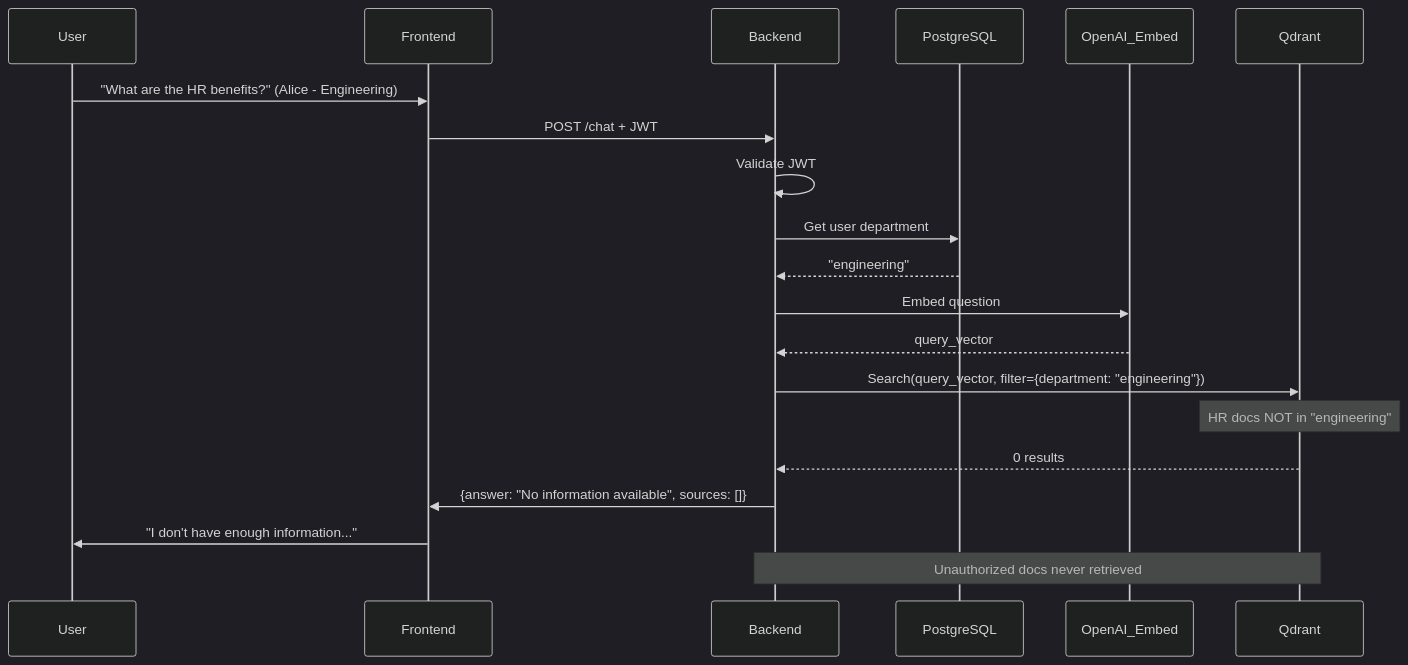
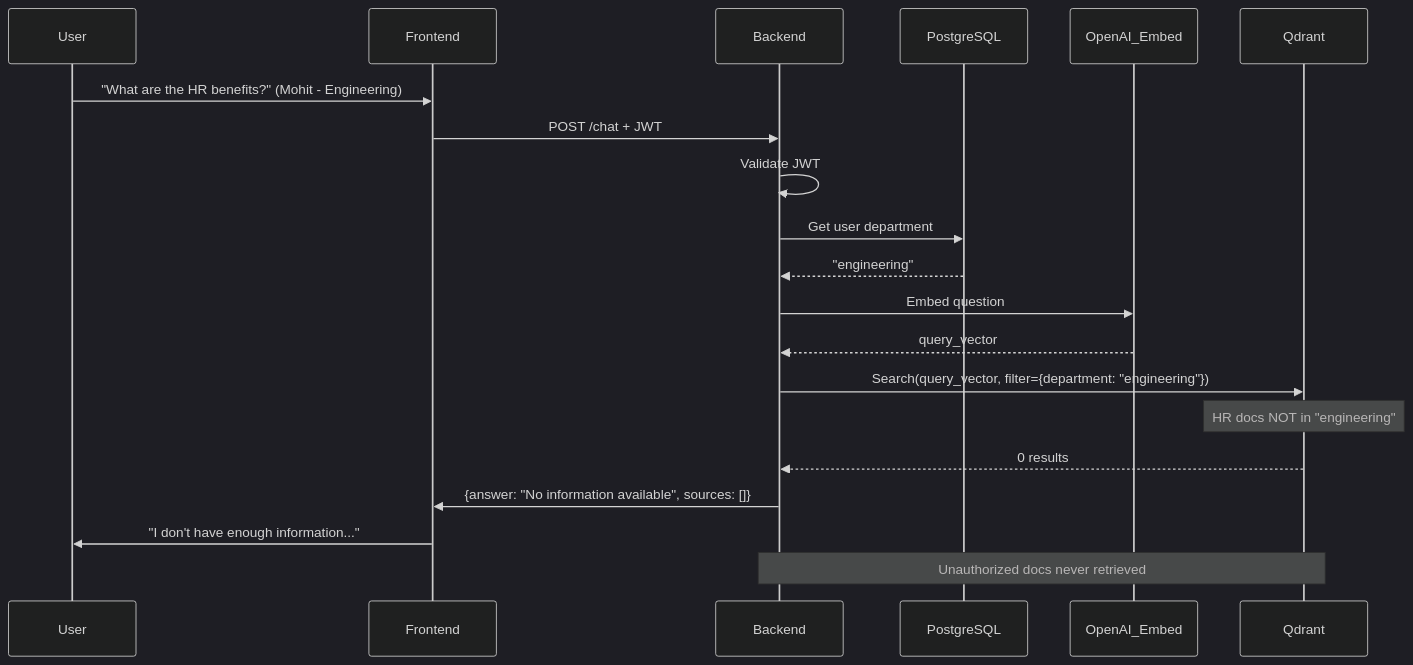
The seventh of 8 diagrams in docs/ARCHITECTURE_REVIEW.md (mtrigunayat/SecureRAG), drawn with Mermaid (dark theme) before and after one commit. The commit also changed other lines of this file and 23 other files, not shown here.

````diff
--- a/docs/ARCHITECTURE_REVIEW.md
+++ b/docs/ARCHITECTURE_REVIEW.md
@@ -2442,24 +2442,24 @@
 ```mermaid
 sequenceDiagram
     participant User
     participant Frontend
     participant Backend
     participant PostgreSQL
     participant OpenAI_Embed
     participant Qdrant
     
-    User->>Frontend: "What are the HR benefits?" (Alice - Engineering)
+    User->>Frontend: "What are the HR benefits?" (Mohit - Engineering)
     Frontend->>Backend: POST /chat + JWT
     Backend->>Backend: Validate JWT
     Backend->>PostgreSQL: Get user department
     PostgreSQL-->>Backend: "engineering"
     Backend->>OpenAI_Embed: Embed question
     OpenAI_Embed-->>Backend: query_vector
     Backend->>Qdrant: Search(query_vector, filter={department: "engineering"})
     Note over Qdrant: HR docs NOT in "engineering"
     Qdrant-->>Backend: 0 results
     Backend->>Frontend: {answer: "No information available", sources: []}
     Frontend->>User: "I don't have enough information..."
     
     Note over Backend,Qdrant: Unauthorized docs never retrieved
 ```
````
